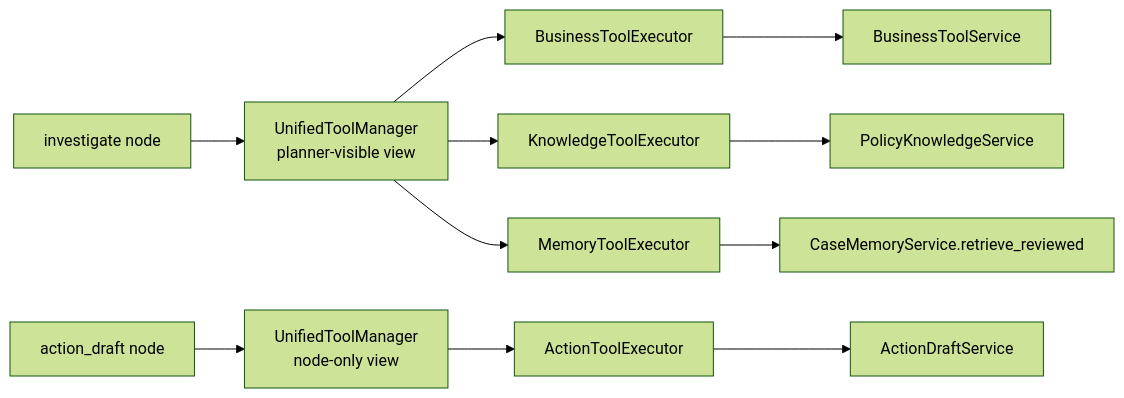
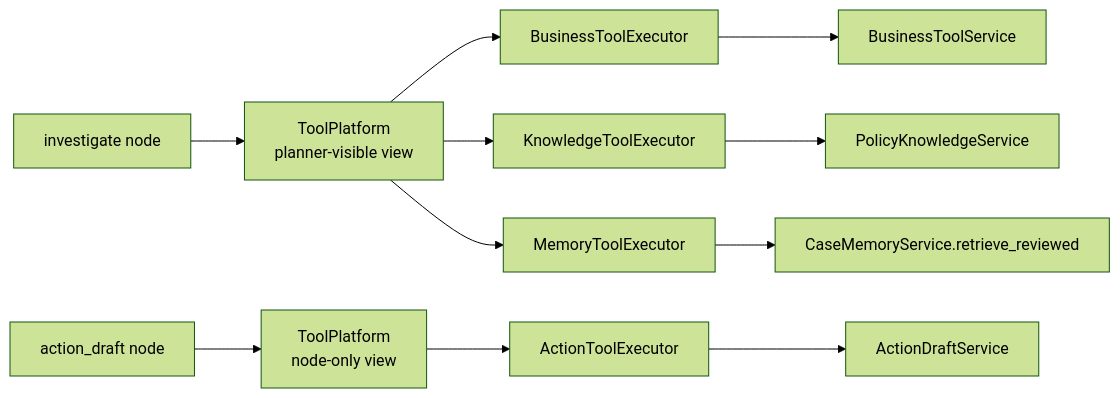
The third of 4 diagrams in docs/architecture-overview.md (weijie567/MOCA), drawn with Mermaid (forest theme) before and after one commit. The commit also changed other lines of this file, not shown here.

Commit message:
fix(56): IN-01 align architecture graph docs

````diff
--- a/docs/architecture-overview.md
+++ b/docs/architecture-overview.md
@@ -289,14 +294,14 @@
 ```mermaid
 graph LR
-    Investigate[investigate node] --> PlannerView[UnifiedToolManager\nplanner-visible view]
+    Investigate[investigate node] --> PlannerView[ToolPlatform\nplanner-visible view]
     PlannerView --> BusinessExec[BusinessToolExecutor]
     PlannerView --> KnowledgeExec[KnowledgeToolExecutor]
     PlannerView --> MemoryExec[MemoryToolExecutor]
     BusinessExec --> BusinessSvc[BusinessToolService]
     KnowledgeExec --> KnowledgeSvc[PolicyKnowledgeService]
     MemoryExec --> MemorySvc[CaseMemoryService.retrieve_reviewed]
 
-    Draft[action_draft node] --> NodeOnly[UnifiedToolManager\nnode-only view]
+    Draft[action_draft node] --> NodeOnly[ToolPlatform\nnode-only view]
     NodeOnly --> ActionExec[ActionToolExecutor]
     ActionExec --> ActionSvc[ActionDraftService]
 ```
````
